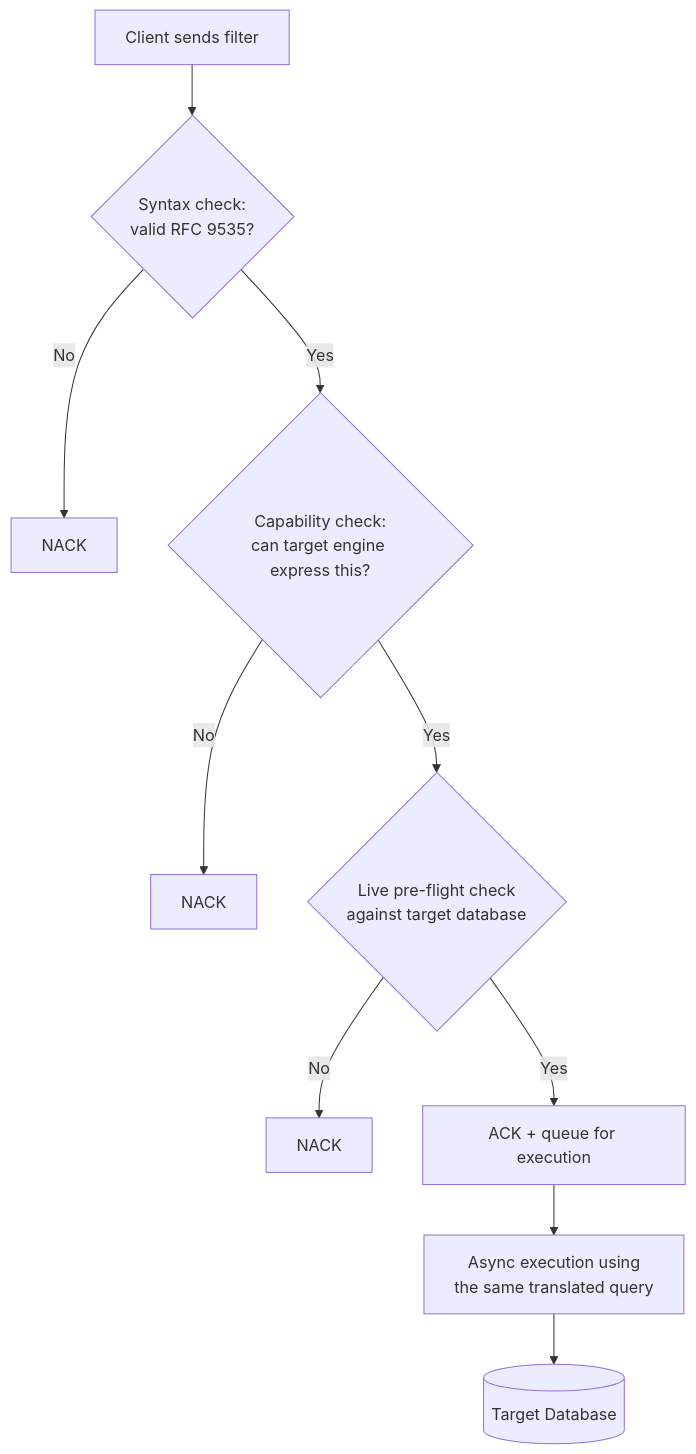
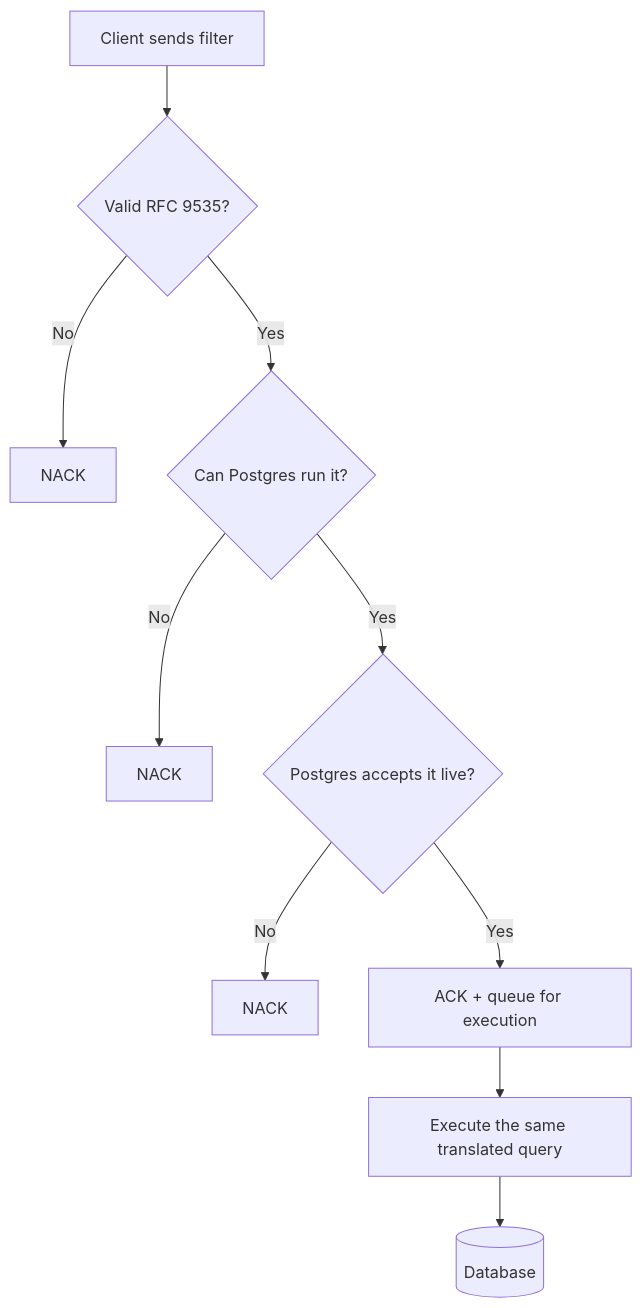
The diagram in docs/architecture/RFC9535_JSONPATH_TRANSLATION_DESIGN.md (beckn/beckn-discovr), drawn with Mermaid before and after one commit. The commit also changed other lines of this file, not shown here.

First line of the commit message:
docs(discover): simplify RFC 9535 design doc language

````diff
--- a/docs/architecture/RFC9535_JSONPATH_TRANSLATION_DESIGN.md
+++ b/docs/architecture/RFC9535_JSONPATH_TRANSLATION_DESIGN.md
@@ -102,12 +75,12 @@
 ```mermaid
 graph TD
-    A[Client sends filter] --> B{Syntax check:<br/>valid RFC 9535?}
+    A[Client sends filter] --> B{Valid RFC 9535?}
     B -- No --> N1[NACK]
-    B -- Yes --> C{Capability check:<br/>can target engine express this?}
+    B -- Yes --> C{Can Postgres run it?}
     C -- No --> N2[NACK]
-    C -- Yes --> D{Live pre-flight check<br/>against target database}
+    C -- Yes --> D{Postgres accepts it live?}
     D -- No --> N3[NACK]
     D -- Yes --> E[ACK + queue for execution]
-    E --> F[Async execution using<br/>the same translated query]
-    F --> G[(Target Database)]
+    E --> F[Execute the same translated query]
+    F --> G[(Database)]
 ```
````
